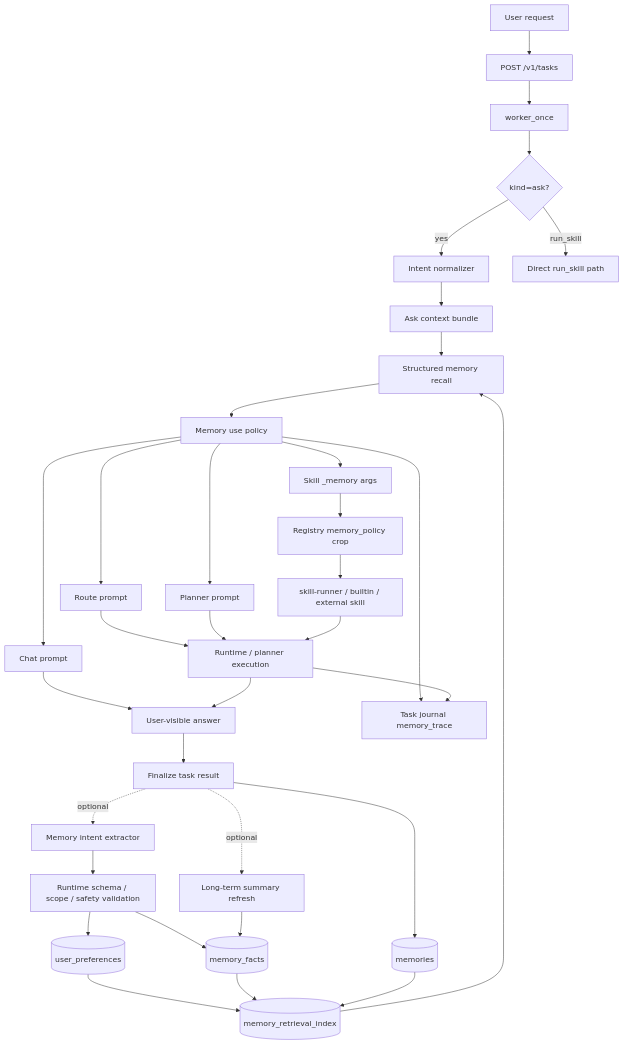
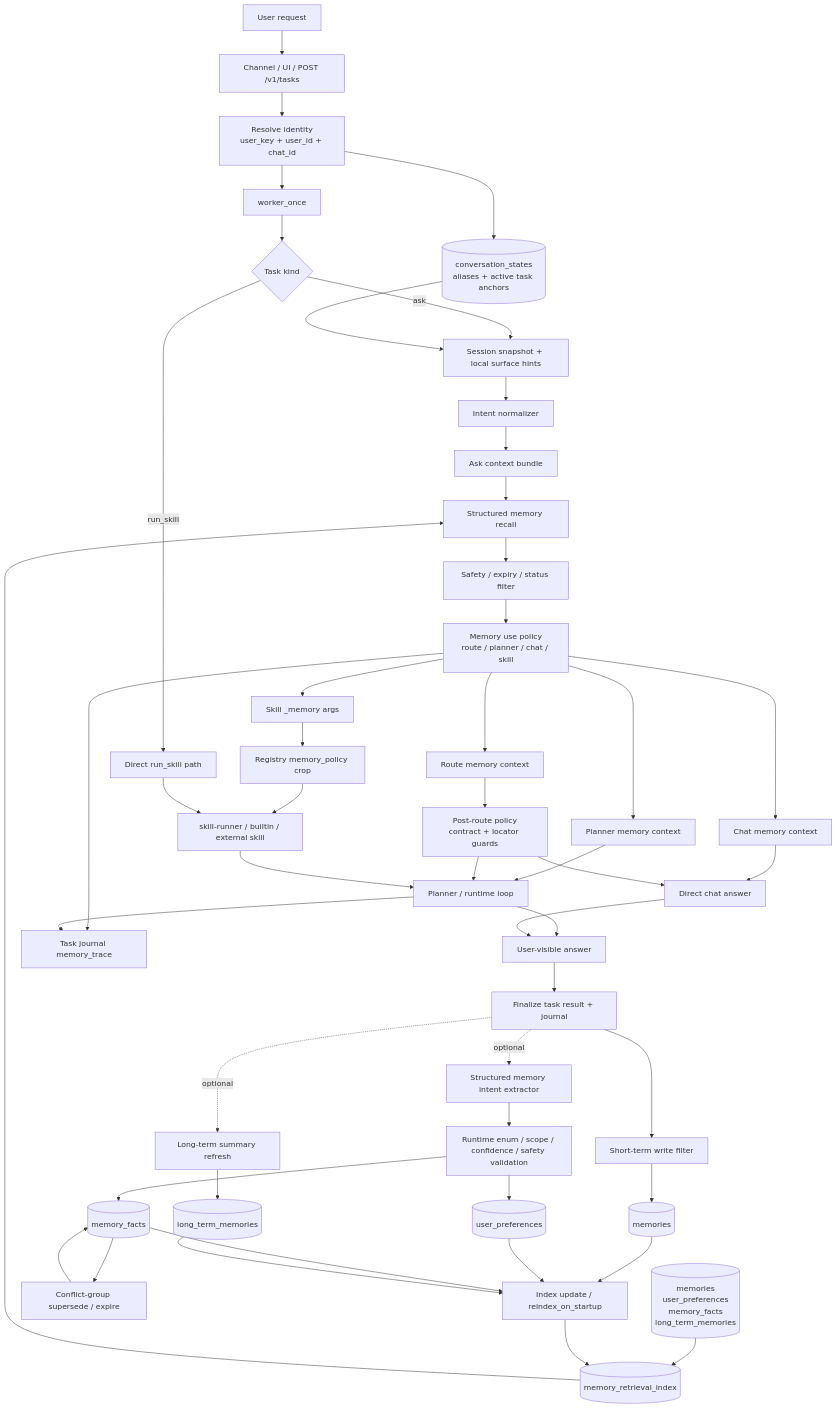
The third of 3 diagrams in README.md (MatrixCoreX/RustClaw), drawn with Mermaid before and after one commit. The commit also changed other lines of this file and 31 other files, not shown here.

````diff
--- a/README.md
+++ b/README.md
@@ -289,36 +335,51 @@
 ```mermaid
 flowchart TD
-    User[User request] --> Task[POST /v1/tasks]
-    Task --> Worker[worker_once]
-    Worker --> Ask{kind=ask?}
-    Ask -->|yes| Normalizer[Intent normalizer]
-    Ask -->|run_skill| DirectSkill[Direct run_skill path]
+    User[User request] --> Ingress[Channel / UI / POST /v1/tasks]
+    Ingress --> Identity[Resolve identity<br/>user_key + user_id + chat_id]
+    Identity --> Session[(conversation_states<br/>aliases + active task anchors)]
+    Identity --> Worker[worker_once]
+    Worker --> Kind{Task kind}
+    Kind -->|run_skill| DirectSkill[Direct run_skill path]
+    Kind -->|ask| Snapshot[Session snapshot + local surface hints]
+    Session --> Snapshot
+    Snapshot --> Normalizer[Intent normalizer]
     Normalizer --> Bundle[Ask context bundle]
     Bundle --> Recall[Structured memory recall]
-    Recall --> Policy[Memory use policy]
-    Policy --> Route[Route prompt]
-    Policy --> Planner[Planner prompt]
-    Policy --> Chat[Chat prompt]
+    Index[(memory_retrieval_index)] --> Recall
+    Stores[(memories<br/>user_preferences<br/>memory_facts<br/>long_term_memories)] --> Index
+    Recall --> Safety[Safety / expiry / status filter]
+    Safety --> Policy[Memory use policy<br/>route / planner / chat / skill]
+    Policy --> RouteCtx[Route memory context]
+    Policy --> PlannerCtx[Planner memory context]
+    Policy --> ChatCtx[Chat memory context]
     Policy --> SkillArgs[Skill _memory args]
     SkillArgs --> SkillPolicy[Registry memory_policy crop]
-    SkillPolicy --> Runner[skill-runner / builtin / external skill]
-    Route --> Runtime[Runtime / planner execution]
-    Planner --> Runtime
-    Chat --> Visible[User-visible answer]
-    Runtime --> Visible
-    Runner --> Runtime
-    Visible --> Finalize[Finalize task result]
-    Finalize --> ShortTerm[(memories)]
-    Finalize -. optional .-> Intent[Memory intent extractor]
-    Intent --> Validate[Runtime schema / scope / safety validation]
+    RouteCtx --> PostRoute[Post-route policy<br/>contract + locator guards]
+    PlannerCtx --> Runtime[Planner / runtime loop]
+    ChatCtx --> Chat[Direct chat answer]
+    SkillPolicy --> SkillRuntime[skill-runner / builtin / external skill]
+    PostRoute --> Runtime
+    PostRoute --> Chat
+    DirectSkill --> SkillRuntime
+    SkillRuntime --> Runtime
+    Runtime --> Visible[User-visible answer]
+    Chat --> Visible
+    Visible --> Finalize[Finalize task result + journal]
+    Finalize --> RecentWrite[Short-term write filter]
+    RecentWrite --> Memories[(memories)]
+    Finalize -. optional .-> MemIntent[Structured memory intent extractor]
+    MemIntent --> Validate[Runtime enum / scope / confidence / safety validation]
     Validate --> Prefs[(user_preferences)]
     Validate --> Facts[(memory_facts)]
     Finalize -. optional .-> Summary[Long-term summary refresh]
-    Summary --> Facts
-    Prefs --> Index[(memory_retrieval_index)]
-    Facts --> Index
-    ShortTerm --> Index
-    Index --> Recall
-    Policy --> Journal[Task journal memory_trace]
-    Runtime --> Journal
+    Summary --> LongTerm[(long_term_memories)]
+    Facts --> Conflict[Conflict-group supersede / expire]
+    Conflict --> Facts
+    Memories --> Reindex[Index update / reindex_on_startup]
+    Prefs --> Reindex
+    Facts --> Reindex
+    LongTerm --> Reindex
+    Reindex --> Index
+    Policy --> Trace[Task journal memory_trace]
+    Runtime --> Trace
 ```
````
